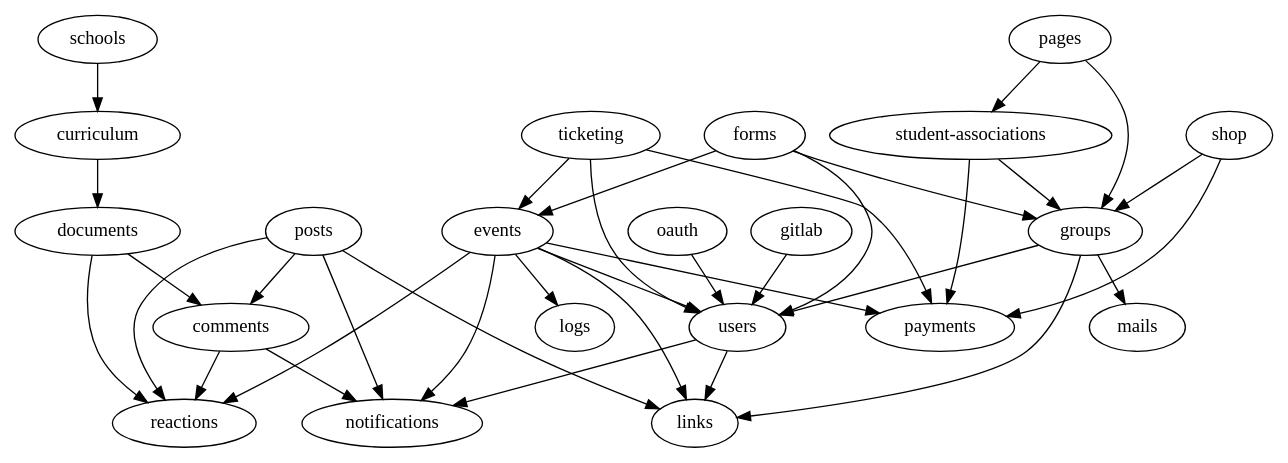
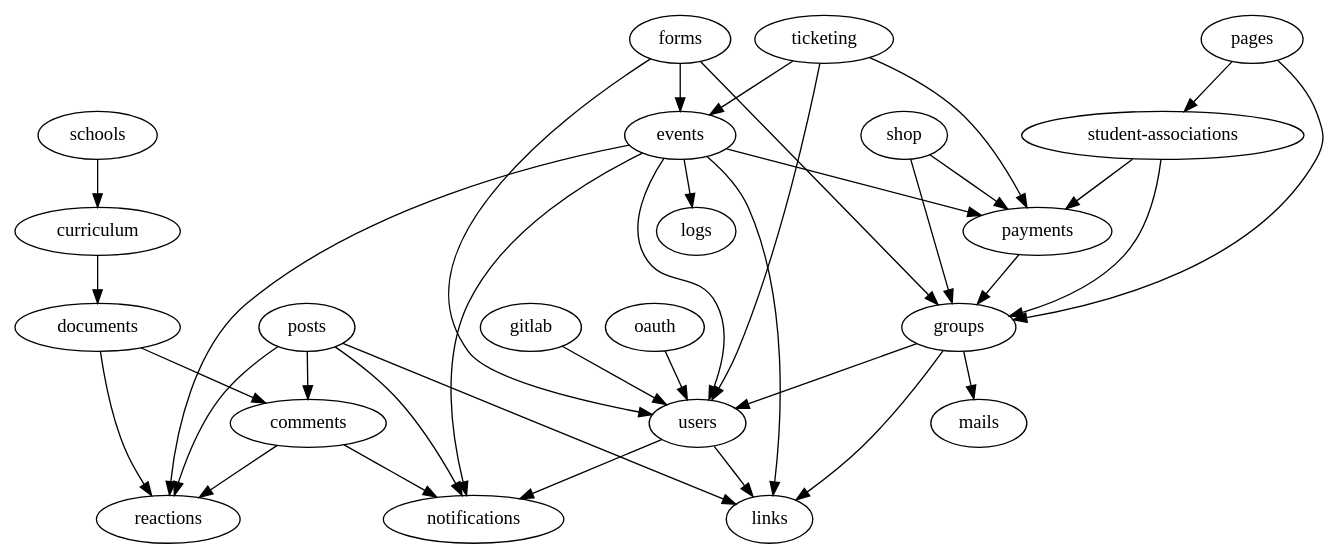
Before and after one commit to inp-net/churros: the diagram in packages/api/scripts/modules-import-graph.dot, drawn with Graphviz. The commit also changed 1 other file, not shown here.

Commit message:
chore(api): update modules import graph

```diff
--- a/packages/api/scripts/modules-import-graph.dot
+++ b/packages/api/scripts/modules-import-graph.dot
@@ -1,37 +1,38 @@
 strict digraph ImportGraph {
     "comments" -> "notifications";
     "comments" -> "reactions";
     "curriculum" -> "documents";
     "documents" -> "comments";
     "documents" -> "reactions";
     "events" -> "links";
     "events" -> "logs";
     "events" -> "notifications";
     "events" -> "payments";
     "events" -> "reactions";
     "events" -> "users";
     "forms" -> "events";
     "forms" -> "groups";
     "forms" -> "users";
     "gitlab" -> "users";
     "groups" -> "links";
     "groups" -> "mails";
     "groups" -> "users";
     "oauth" -> "users";
     "pages" -> "groups";
     "pages" -> "student-associations";
+    "payments" -> "groups";
     "posts" -> "comments";
     "posts" -> "links";
     "posts" -> "notifications";
     "posts" -> "reactions";
     "schools" -> "curriculum";
     "shop" -> "groups";
     "shop" -> "payments";
     "student-associations" -> "groups";
     "student-associations" -> "payments";
     "ticketing" -> "events";
     "ticketing" -> "payments";
     "ticketing" -> "users";
     "users" -> "links";
     "users" -> "notifications";
 }
```
